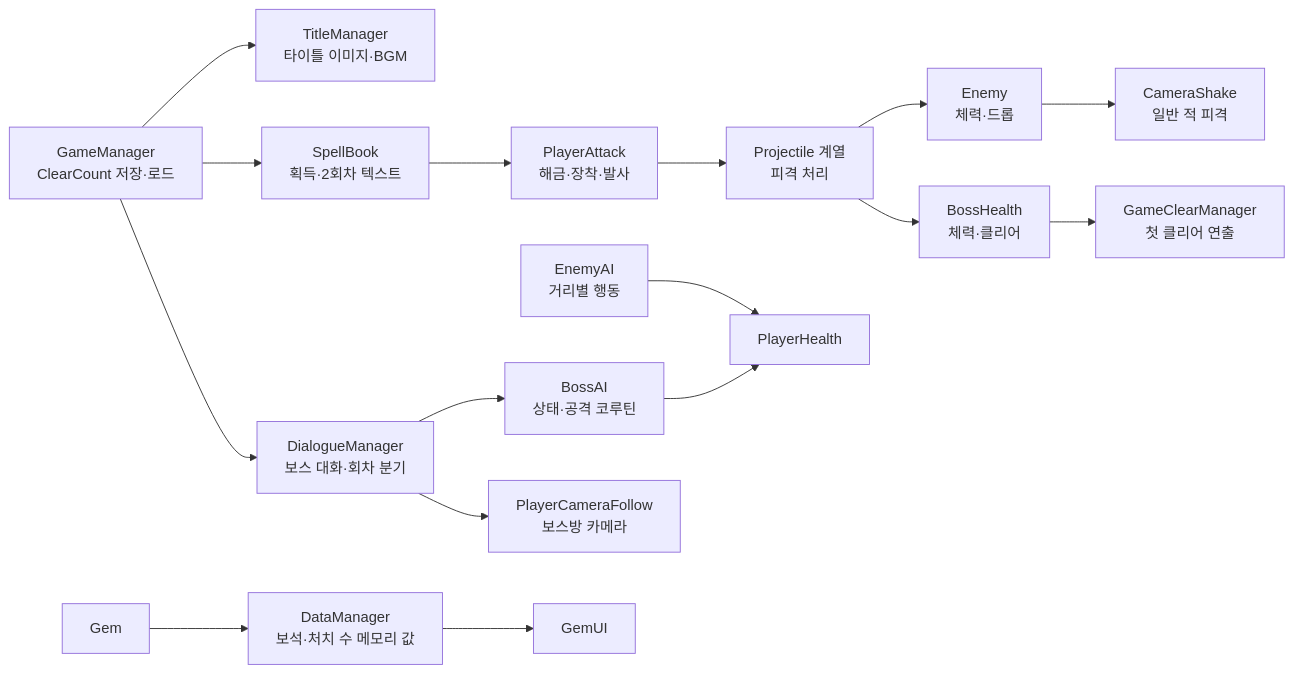
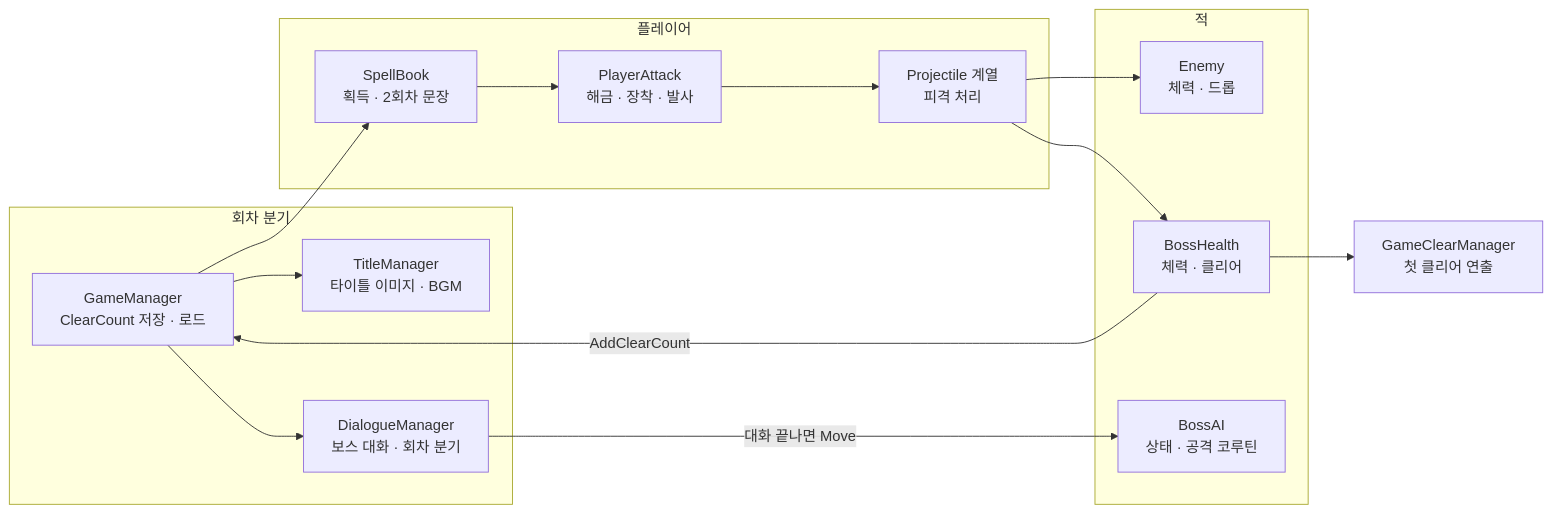
Before and after one commit to ebsongg1/portfolio: the second of 5 diagrams in src/1-the-last-mage/기술문서.md, drawn with Mermaid. The commit also changed other lines of this file and 1 other file, not shown here.

````diff
--- a/src/1-the-last-mage/기술문서.md
+++ b/src/1-the-last-mage/기술문서.md
@@ -76,18 +142,28 @@
 ```mermaid
 flowchart LR
-    GM[GameManager<br/>ClearCount 저장·로드] --> TM[TitleManager<br/>타이틀 이미지·BGM]
-    GM --> SB[SpellBook<br/>획득·2회차 텍스트]
-    GM --> DM[DialogueManager<br/>보스 대화·회차 분기]
-    SB --> PA[PlayerAttack<br/>해금·장착·발사]
-    PA --> PROJ[Projectile 계열<br/>피격 처리]
-    PROJ --> EN[Enemy<br/>체력·드롭]
-    PROJ --> BH[BossHealth<br/>체력·클리어]
-    EAI[EnemyAI<br/>거리별 행동] --> PH[PlayerHealth]
-    BAI[BossAI<br/>상태·공격 코루틴] --> PH
-    DM --> BAI
-    DM --> CAM[PlayerCameraFollow<br/>보스방 카메라]
-    BH --> GC[GameClearManager<br/>첫 클리어 연출]
-    EN --> CS[CameraShake<br/>일반 적 피격]
-    GEM[Gem] --> DATA[DataManager<br/>보석·처치 수 메모리 값]
-    DATA --> GUI[GemUI]
+    subgraph SAVE["회차 분기"]
+        GM["GameManager<br/>ClearCount 저장 · 로드"]
+        TM["TitleManager<br/>타이틀 이미지 · BGM"]
+        DM["DialogueManager<br/>보스 대화 · 회차 분기"]
+    end
+    subgraph PLAYER["플레이어"]
+        SB["SpellBook<br/>획득 · 2회차 문장"]
+        PA["PlayerAttack<br/>해금 · 장착 · 발사"]
+        PROJ["Projectile 계열<br/>피격 처리"]
+    end
+    subgraph ENEMY["적"]
+        EN["Enemy<br/>체력 · 드롭"]
+        BH["BossHealth<br/>체력 · 클리어"]
+        BAI["BossAI<br/>상태 · 공격 코루틴"]
+    end
+    GM --> TM
+    GM --> SB
+    GM --> DM
+    SB --> PA
+    PA --> PROJ
+    PROJ --> EN
+    PROJ --> BH
+    DM -->|"대화 끝나면 Move"| BAI
+    BH -->|"AddClearCount"| GM
+    BH --> GC["GameClearManager<br/>첫 클리어 연출"]
 ```
````
